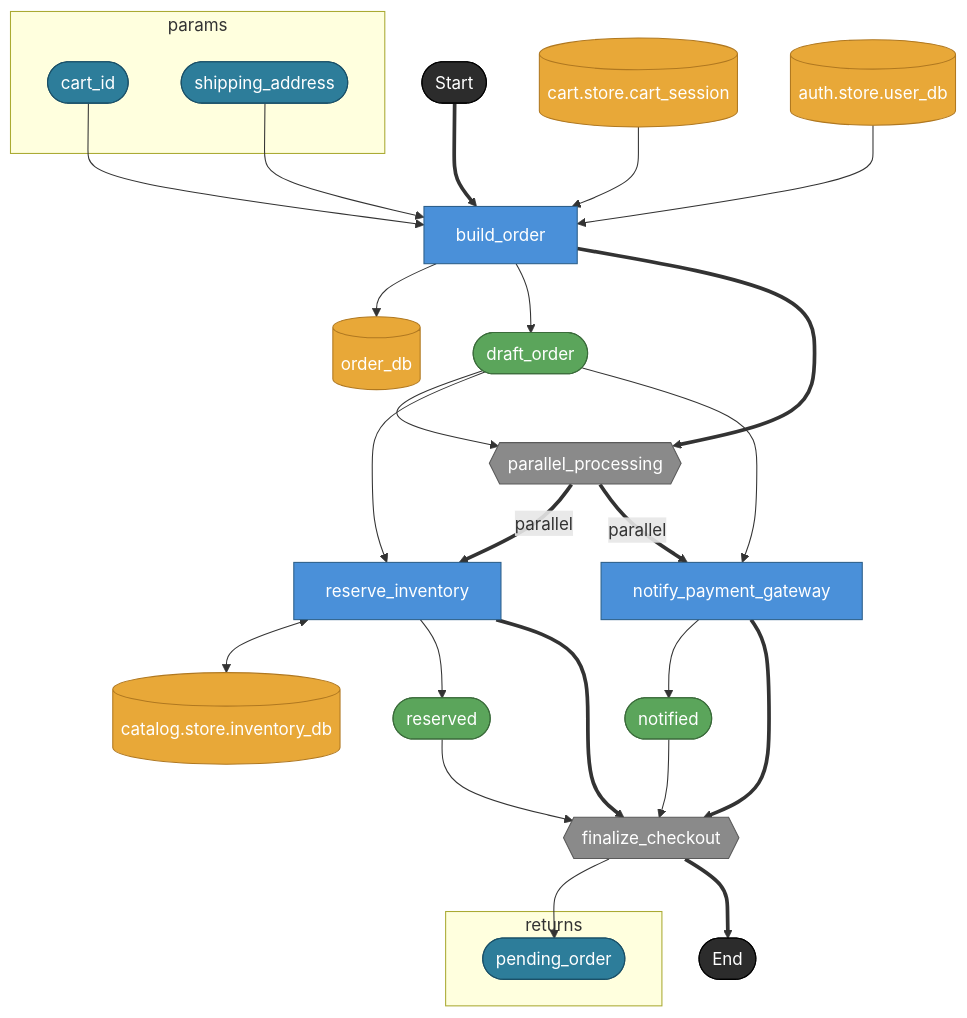
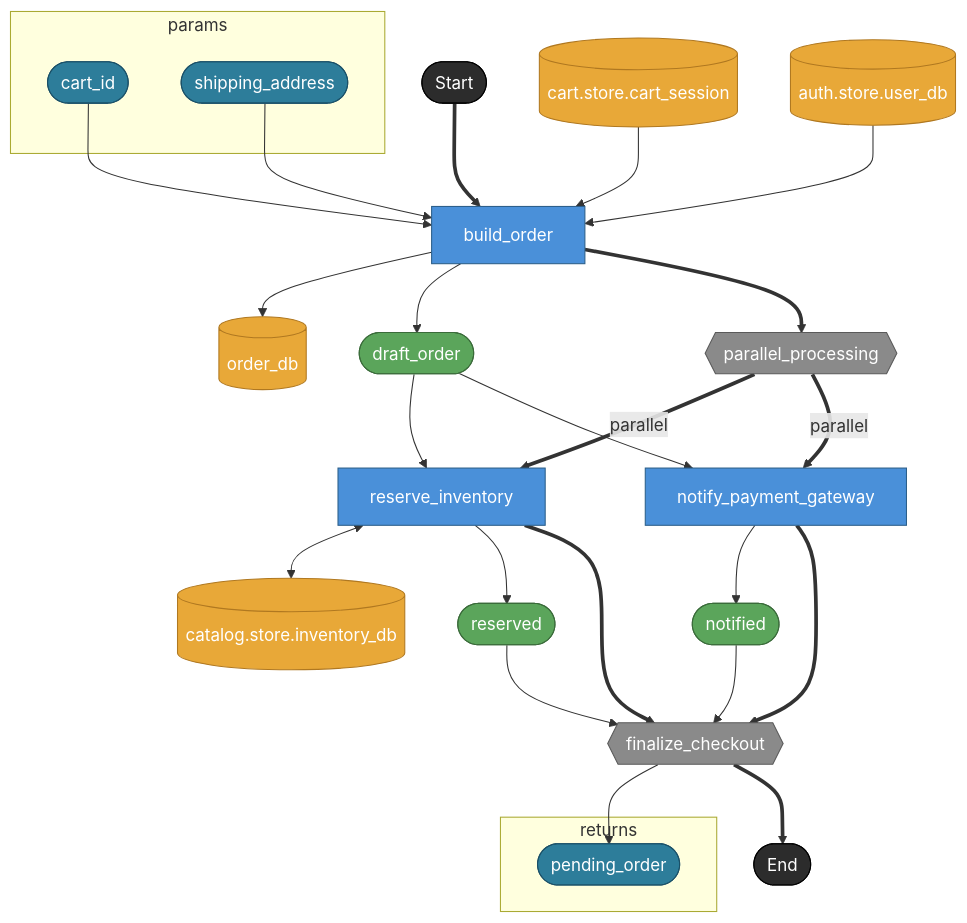
The third of 4 diagrams in docs/uc/001-ec-checkout-flow/docs/render-dag.md (hiroshiasayadev-prog/brewprint), drawn with Mermaid before and after one commit. The commit also changed 3 other files, not shown here.

Commit message:
docs: clarify control-flow step wiring

````diff
--- a/docs/uc/001-ec-checkout-flow/docs/render-dag.md
+++ b/docs/uc/001-ec-checkout-flow/docs/render-dag.md
@@ -79,51 +79,50 @@
 ```mermaid
 flowchart TD
   subgraph params
     cart_id([cart_id])
     shipping_address([shipping_address])
   end
   subgraph returns
     pending_order([pending_order])
   end
 
   _start([Start]) ==> build_order[build_order]
   cart_id --> build_order
   shipping_address --> build_order
   cart_session[(cart.store.cart_session)] --> build_order
   user_db[(auth.store.user_db)] --> build_order
   build_order --> order_db[(order_db)]
   build_order --> draft_order([draft_order])
 
   build_order ==> parallel_processing{{parallel_processing}}
-  draft_order --> parallel_processing
   draft_order --> reserve_inventory[reserve_inventory]
   draft_order --> notify_payment_gateway[notify_payment_gateway]
 
   parallel_processing == "parallel" ==> reserve_inventory
   parallel_processing == "parallel" ==> notify_payment_gateway
 
   reserve_inventory <--> inventory_db[(catalog.store.inventory_db)]
   reserve_inventory --> reserved([reserved])
   notify_payment_gateway --> notified([notified])
 
   reserve_inventory ==> finalize_checkout{{finalize_checkout}}
   notify_payment_gateway ==> finalize_checkout
   reserved --> finalize_checkout
   notified --> finalize_checkout
 
   finalize_checkout --> pending_order
   finalize_checkout ==> _end([End])
 
   classDef taskNode     fill:#4A90D9,stroke:#2C5F8A,color:#fff
   classDef assetNode    fill:#5BA55B,stroke:#3A6B3A,color:#fff
   classDef storeNode    fill:#E8A838,stroke:#B07820,color:#fff
   classDef forkNode     fill:#8A8A8A,stroke:#5A5A5A,color:#fff
   classDef terminalNode fill:#2C2C2C,stroke:#000,color:#fff
   classDef boundaryNode fill:#2D7D9A,stroke:#1A5068,color:#fff
   class build_order,reserve_inventory,notify_payment_gateway taskNode
   class draft_order,reserved,notified assetNode
   class cart_session,user_db,order_db,inventory_db storeNode
   class parallel_processing,finalize_checkout forkNode
   class _start,_end terminalNode
   class cart_id,shipping_address,pending_order boundaryNode
 ```
````
